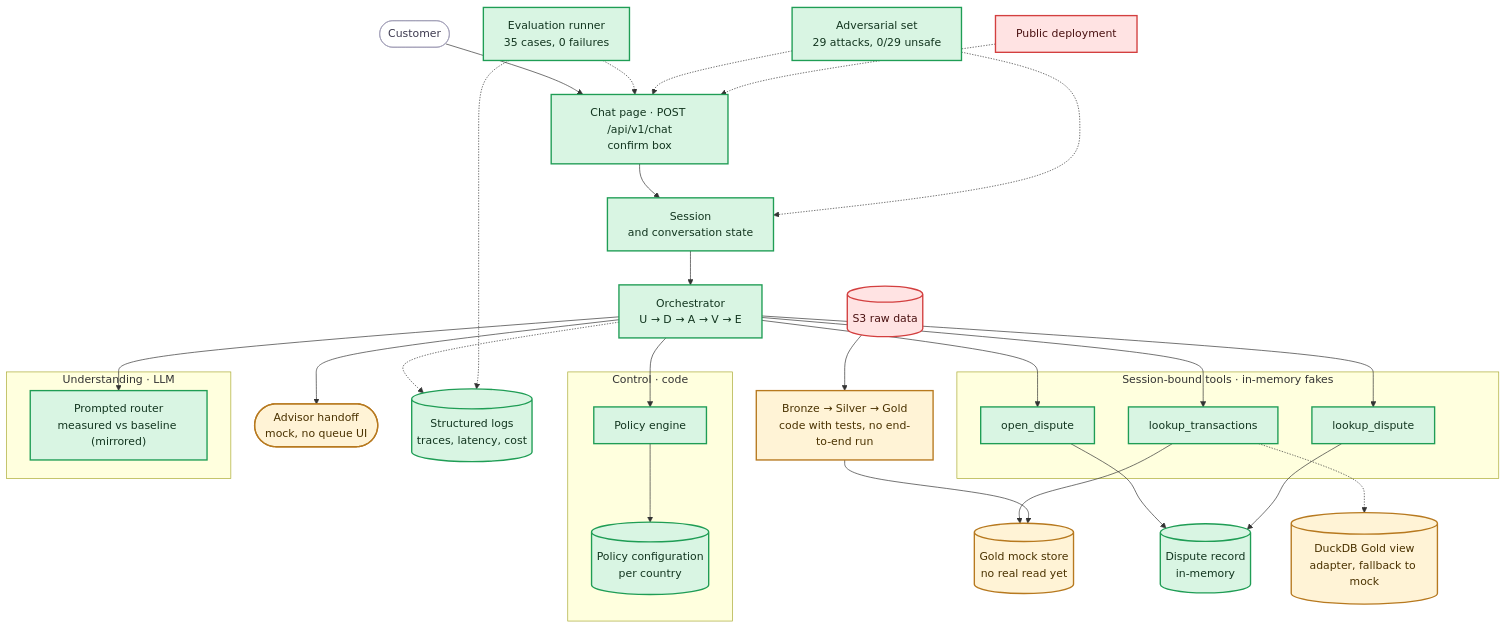
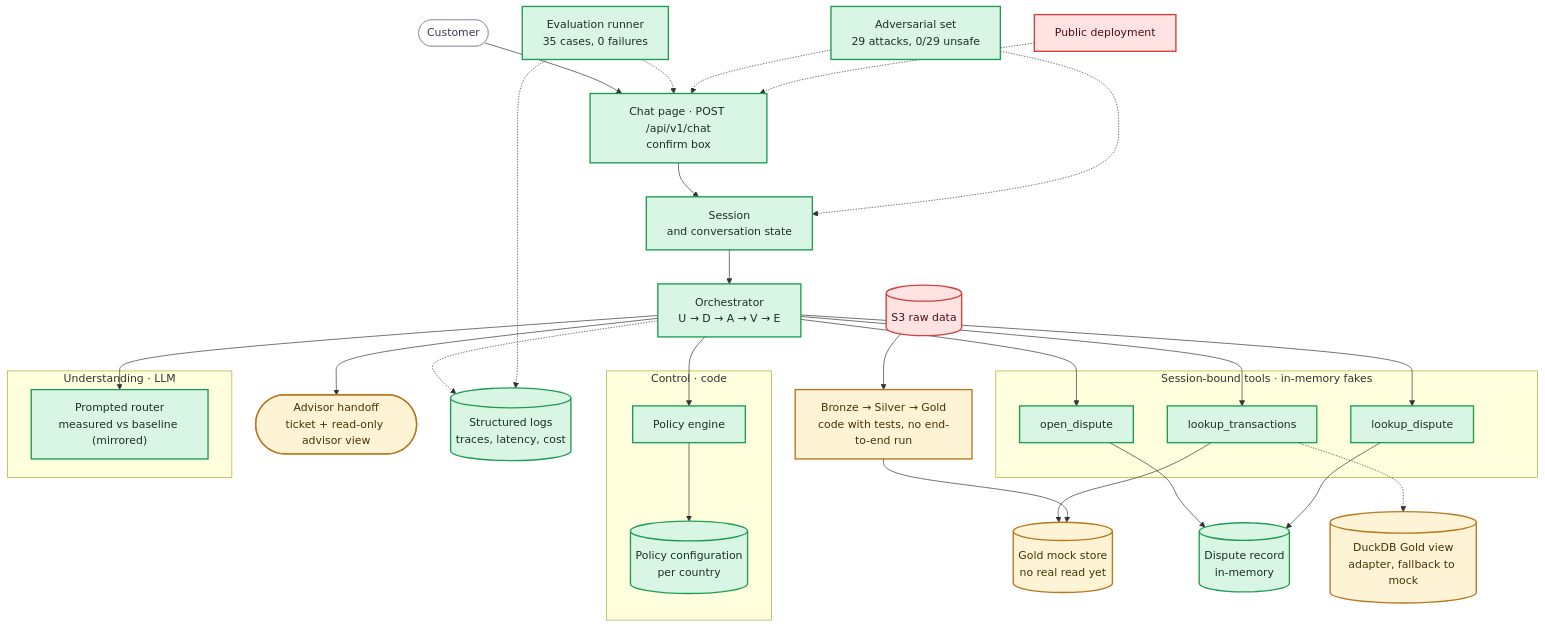
One commit to rdorta27/factored-hackathon-2026-sentinel-engine changed the diagram in team/component-status.md. Above: the diagram before and after it, drawn with Mermaid. The commit also changed other lines of this file and 16 other files, not shown here.

First line of the commit message:
docs: record decision 009 for the demo ui and advisor view

````diff
--- a/team/component-status.md
+++ b/team/component-status.md
@@ -7,46 +7,46 @@
 ```mermaid
 flowchart TB
     client(["Customer"]) --> chat["Chat page · POST /api/v1/chat<br/>confirm box"]
     chat --> session["Session<br/>and conversation state"]
     session --> orch["Orchestrator<br/>U → D → A → V → E"]
 
     subgraph control["Control · code"]
         policy["Policy engine"]
         config[("Policy configuration<br/>per country")]
         policy --> config
     end
     subgraph toolset["Session-bound tools · in-memory fakes"]
         lookup["lookup_transactions"]
         open["open_dispute"]
         verify["lookup_dispute"]
     end
     subgraph brain["Understanding · LLM"]
         learned["Prompted router<br/>measured vs baseline (mirrored)"]
     end
 
     orch --> policy
     orch --> learned
     orch --> lookup & open & verify
     lookup --> goldmock[("Gold mock store<br/>no real read yet")]
     open --> disputes[("Dispute record<br/>in-memory")]
     verify --> disputes
-    orch --> handoff(["Advisor handoff<br/>mock, no queue UI"])
+    orch --> handoff(["Advisor handoff<br/>ticket + read-only advisor view"])
     orch -.-> logs[("Structured logs<br/>traces, latency, cost")]
     evalr["Evaluation runner<br/>35 cases, 0 failures"] -.-> chat
     evalr -.-> logs
     tests["Adversarial set<br/>29 attacks, 0/29 unsafe"] -.-> chat
     tests -.-> session
     s3[("S3 raw data")] --> pipeline["Bronze → Silver → Gold<br/>code with tests, no end-to-end run"]
     pipeline --> goldmock
     lookup -.-> prodgold[("DuckDB Gold view<br/>adapter, fallback to mock")]
     deploy["Public deployment"] -.-> chat
 
     classDef done fill:#d9f5e3,stroke:#1f9d55,stroke-width:2px,color:#12351f
     classDef partial fill:#fff3d6,stroke:#b7791f,stroke-width:2px,color:#4a3200
     classDef missing fill:#ffe3e3,stroke:#d33f3f,stroke-width:2px,color:#4a1111
     classDef ext fill:#ffffff,stroke:#a09cb5,stroke-width:1px,color:#3d3a4f
     class chat,session,orch,policy,config,lookup,open,verify,disputes,logs,tests,learned,evalr done
     class goldmock,handoff,pipeline,prodgold partial
     class deploy,s3 missing
     class client ext
 ```
````
